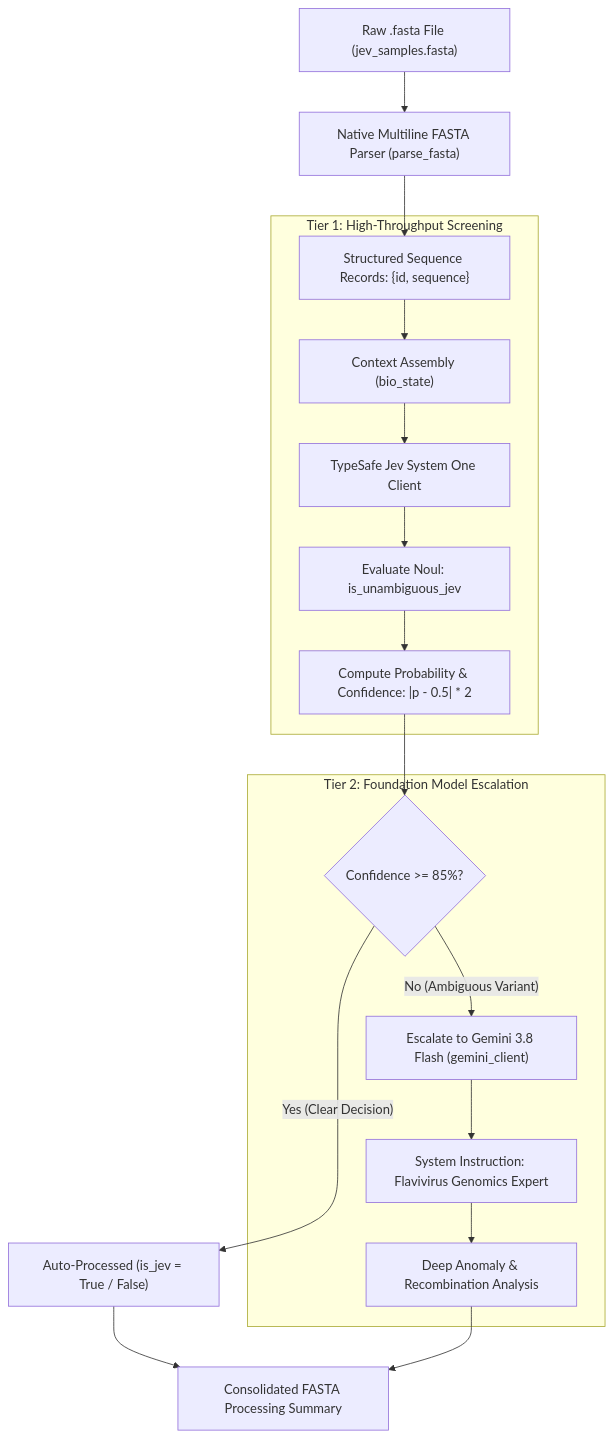
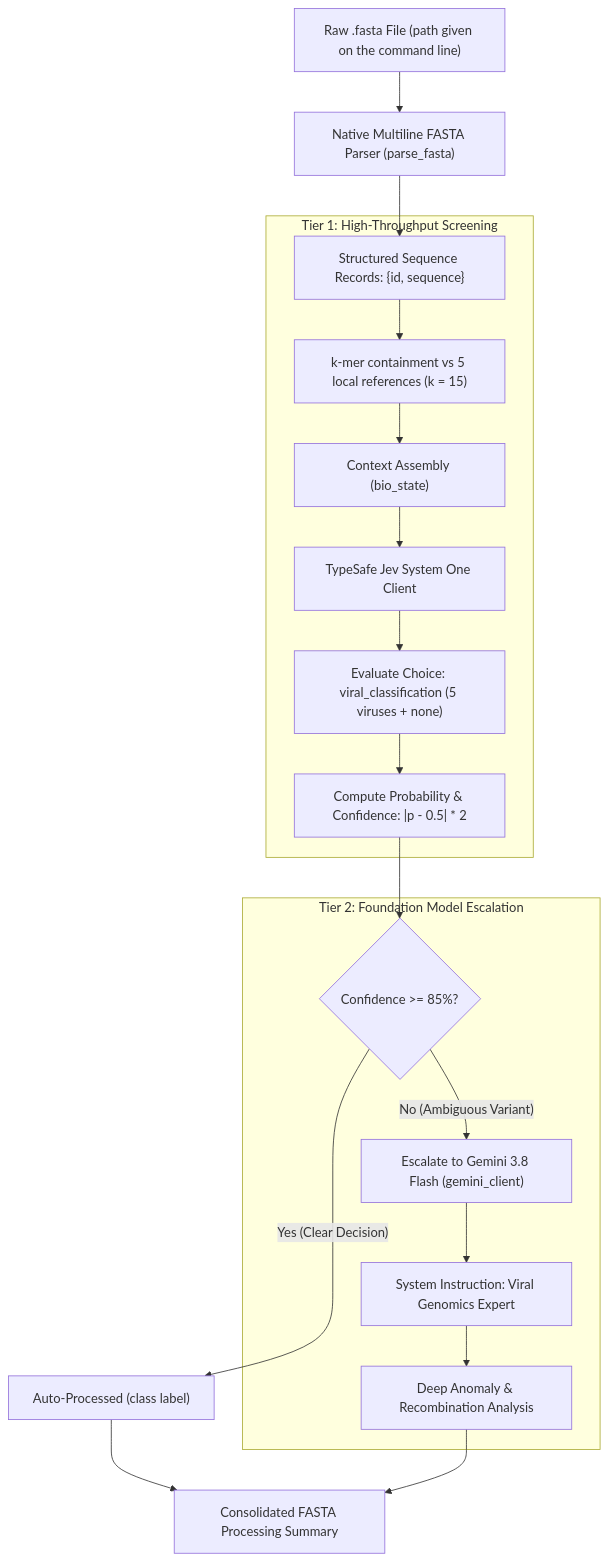
One commit to Johnkecops/General-Viral-Gene-Annotator changed the diagram in README.md. Above: the diagram before and after it, drawn with Mermaid. The commit also changed other lines of this file and 14 other files, not shown here.

````diff
--- a/README.md
+++ b/README.md
@@ -23,25 +23,26 @@
 ```mermaid
 flowchart TD
-    A["Raw .fasta File (jev_samples.fasta)"] --> B["Native Multiline FASTA Parser (parse_fasta)"]
+    A["Raw .fasta File (path given on the command line)"] --> B["Native Multiline FASTA Parser (parse_fasta)"]
     B --> C["Structured Sequence Records: {id, sequence}"]
     
     subgraph S1 ["Tier 1: High-Throughput Screening"]
-        C --> D["Context Assembly (bio_state)"]
+        C --> C2["k-mer containment vs 5 local references (k = 15)"]
+        C2 --> D["Context Assembly (bio_state)"]
         D --> E["TypeSafe Jev System One Client"]
-        E --> F["Evaluate Noul: is_unambiguous_jev"]
+        E --> F["Evaluate Choice: viral_classification (5 viruses + none)"]
         F --> G["Compute Probability & Confidence: |p - 0.5| * 2"]
     end
     
     G --> H{"Confidence >= 85%?"}
     
-    H -- "Yes (Clear Decision)" --> I["Auto-Processed (is_jev = True / False)"]
+    H -- "Yes (Clear Decision)" --> I["Auto-Processed (class label)"]
     
     subgraph S2 ["Tier 2: Foundation Model Escalation"]
         H -- "No (Ambiguous Variant)" --> J["Escalate to Gemini 3.8 Flash (gemini_client)"]
-        J --> K["System Instruction: Flavivirus Genomics Expert"]
+        J --> K["System Instruction: Viral Genomics Expert"]
         K --> L["Deep Anomaly & Recombination Analysis"]
     end
     
     I --> M["Consolidated FASTA Processing Summary"]
     L --> M
 ```
````
